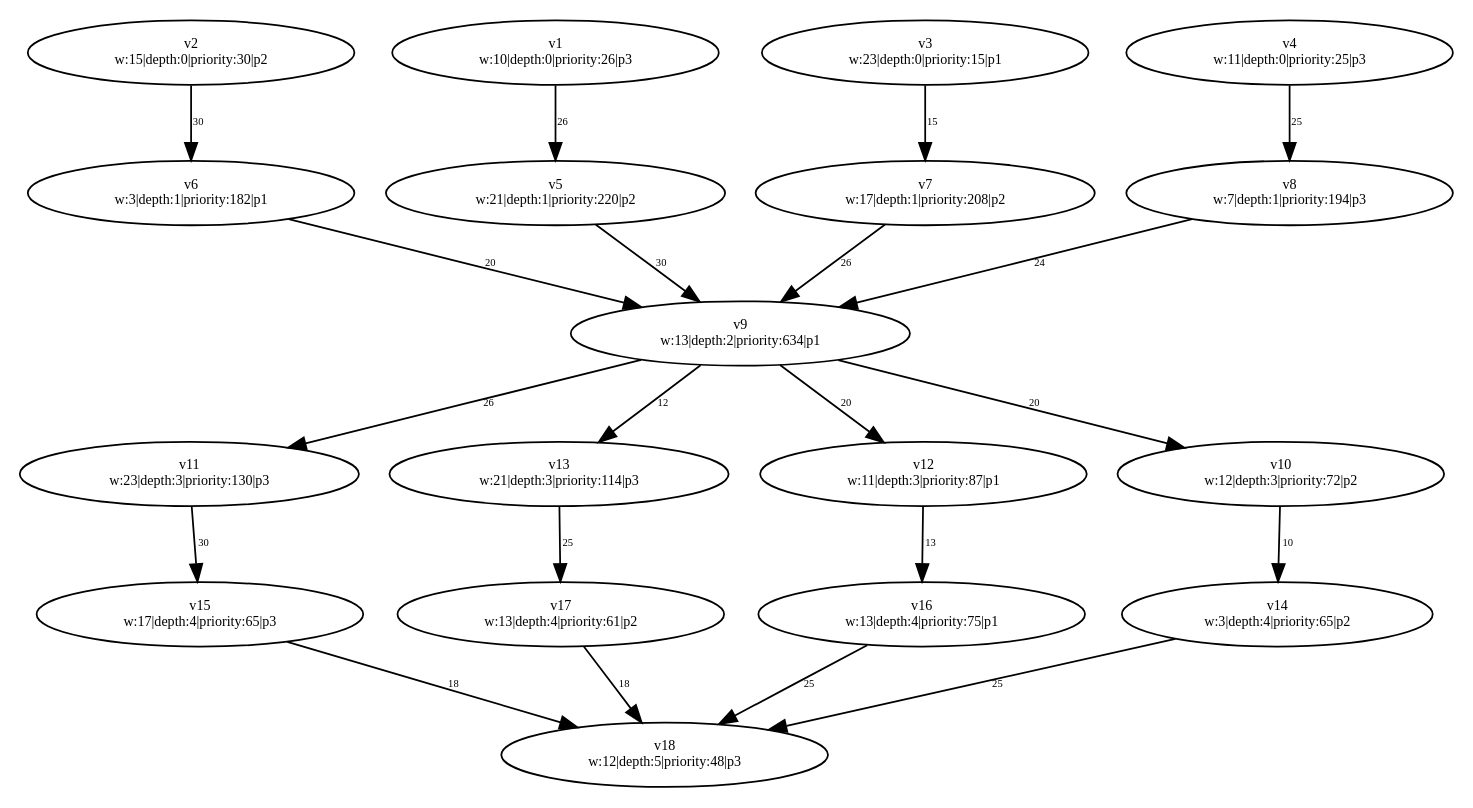
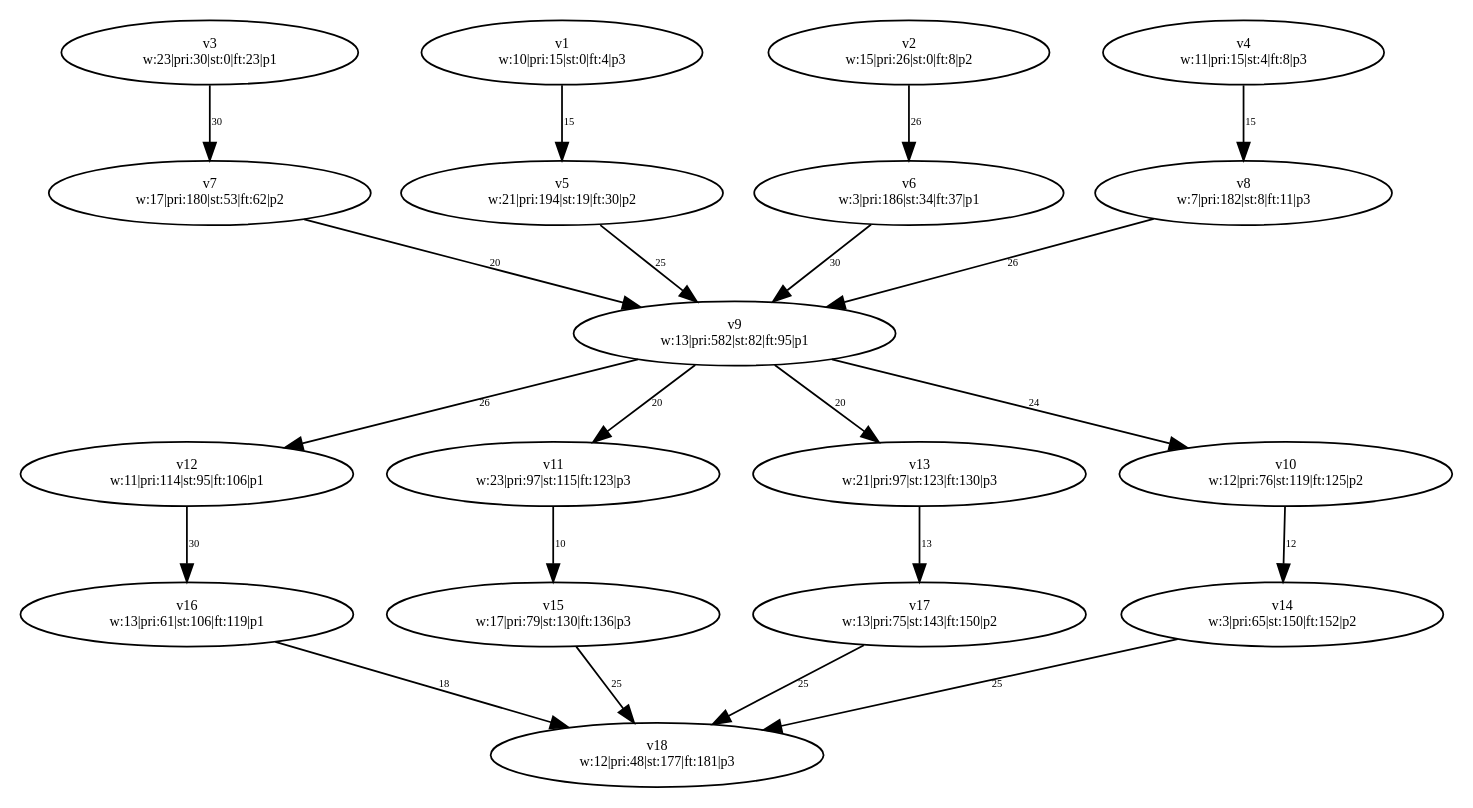
Before and after one commit to dexters1/Task-Scheduling-Based-on-Genetic-Algorithms: the diagram in PythonApplication1/PythonApplication1/test-output/slika_8.gv, drawn with Graphviz. The commit also changed 51 other files, not shown here.

Commit message:
Finished unitTesting for Graph + Processor modules

```diff
--- a/PythonApplication1/PythonApplication1/test-output/slika_8.gv
+++ b/PythonApplication1/PythonApplication1/test-output/slika_8.gv
@@ -1,58 +1,58 @@
 digraph {
+	v3 [label="v3
+w:23|pri:30|st:0|ft:23|p1" fontsize=8.0]
 	v2 [label="v2
-w:15|depth:0|priority:30|p2" fontsize=8.0]
+w:15|pri:26|st:0|ft:8|p2" fontsize=8.0]
 	v1 [label="v1
-w:10|depth:0|priority:26|p3" fontsize=8.0]
+w:10|pri:15|st:0|ft:4|p3" fontsize=8.0]
 	v4 [label="v4
-w:11|depth:0|priority:25|p3" fontsize=8.0]
-	v3 [label="v3
-w:23|depth:0|priority:15|p1" fontsize=8.0]
+w:11|pri:15|st:4|ft:8|p3" fontsize=8.0]
 	v5 [label="v5
-w:21|depth:1|priority:220|p2" fontsize=8.0]
+w:21|pri:194|st:19|ft:30|p2" fontsize=8.0]
+	v6 [label="v6
+w:3|pri:186|st:34|ft:37|p1" fontsize=8.0]
+	v8 [label="v8
+w:7|pri:182|st:8|ft:11|p3" fontsize=8.0]
 	v7 [label="v7
-w:17|depth:1|priority:208|p2" fontsize=8.0]
-	v8 [label="v8
-w:7|depth:1|priority:194|p3" fontsize=8.0]
-	v6 [label="v6
-w:3|depth:1|priority:182|p1" fontsize=8.0]
+w:17|pri:180|st:53|ft:62|p2" fontsize=8.0]
 	v9 [label="v9
-w:13|depth:2|priority:634|p1" fontsize=8.0]
+w:13|pri:582|st:82|ft:95|p1" fontsize=8.0]
+	v12 [label="v12
+w:11|pri:114|st:95|ft:106|p1" fontsize=8.0]
 	v11 [label="v11
-w:23|depth:3|priority:130|p3" fontsize=8.0]
+w:23|pri:97|st:115|ft:123|p3" fontsize=8.0]
 	v13 [label="v13
-w:21|depth:3|priority:114|p3" fontsize=8.0]
-	v12 [label="v12
-w:11|depth:3|priority:87|p1" fontsize=8.0]
+w:21|pri:97|st:123|ft:130|p3" fontsize=8.0]
 	v10 [label="v10
-w:12|depth:3|priority:72|p2" fontsize=8.0]
+w:12|pri:76|st:119|ft:125|p2" fontsize=8.0]
+	v15 [label="v15
+w:17|pri:79|st:130|ft:136|p3" fontsize=8.0]
+	v17 [label="v17
+w:13|pri:75|st:143|ft:150|p2" fontsize=8.0]
+	v14 [label="v14
+w:3|pri:65|st:150|ft:152|p2" fontsize=8.0]
 	v16 [label="v16
-w:13|depth:4|priority:75|p1" fontsize=8.0]
-	v14 [label="v14
-w:3|depth:4|priority:65|p2" fontsize=8.0]
-	v15 [label="v15
-w:17|depth:4|priority:65|p3" fontsize=8.0]
-	v17 [label="v17
-w:13|depth:4|priority:61|p2" fontsize=8.0]
+w:13|pri:61|st:106|ft:119|p1" fontsize=8.0]
 	v18 [label="v18
-w:12|depth:5|priority:48|p3" fontsize=8.0]
-	v1 -> v5 [label=26 constraint=true fontsize=6.0]
-	v2 -> v6 [label=30 constraint=true fontsize=6.0]
-	v3 -> v7 [label=15 constraint=true fontsize=6.0]
-	v4 -> v8 [label=25 constraint=true fontsize=6.0]
-	v5 -> v9 [label=30 constraint=true fontsize=6.0]
-	v6 -> v9 [label=20 constraint=true fontsize=6.0]
-	v7 -> v9 [label=26 constraint=true fontsize=6.0]
-	v8 -> v9 [label=24 constraint=true fontsize=6.0]
-	v9 -> v10 [label=20 constraint=true fontsize=6.0]
-	v9 -> v11 [label=26 constraint=true fontsize=6.0]
-	v9 -> v12 [label=20 constraint=true fontsize=6.0]
-	v9 -> v13 [label=12 constraint=true fontsize=6.0]
-	v10 -> v14 [label=10 constraint=true fontsize=6.0]
-	v11 -> v15 [label=30 constraint=true fontsize=6.0]
-	v12 -> v16 [label=13 constraint=true fontsize=6.0]
-	v13 -> v17 [label=25 constraint=true fontsize=6.0]
+w:12|pri:48|st:177|ft:181|p3" fontsize=8.0]
+	v1 -> v5 [label=15 constraint=true fontsize=6.0]
+	v2 -> v6 [label=26 constraint=true fontsize=6.0]
+	v3 -> v7 [label=30 constraint=true fontsize=6.0]
+	v4 -> v8 [label=15 constraint=true fontsize=6.0]
+	v5 -> v9 [label=25 constraint=true fontsize=6.0]
+	v6 -> v9 [label=30 constraint=true fontsize=6.0]
+	v7 -> v9 [label=20 constraint=true fontsize=6.0]
+	v8 -> v9 [label=26 constraint=true fontsize=6.0]
+	v9 -> v10 [label=24 constraint=true fontsize=6.0]
+	v9 -> v11 [label=20 constraint=true fontsize=6.0]
+	v9 -> v12 [label=26 constraint=true fontsize=6.0]
+	v9 -> v13 [label=20 constraint=true fontsize=6.0]
+	v10 -> v14 [label=12 constraint=true fontsize=6.0]
+	v11 -> v15 [label=10 constraint=true fontsize=6.0]
+	v12 -> v16 [label=30 constraint=true fontsize=6.0]
+	v13 -> v17 [label=13 constraint=true fontsize=6.0]
 	v14 -> v18 [label=25 constraint=true fontsize=6.0]
-	v15 -> v18 [label=18 constraint=true fontsize=6.0]
-	v16 -> v18 [label=25 constraint=true fontsize=6.0]
-	v17 -> v18 [label=18 constraint=true fontsize=6.0]
+	v15 -> v18 [label=25 constraint=true fontsize=6.0]
+	v16 -> v18 [label=18 constraint=true fontsize=6.0]
+	v17 -> v18 [label=25 constraint=true fontsize=6.0]
 }
```
